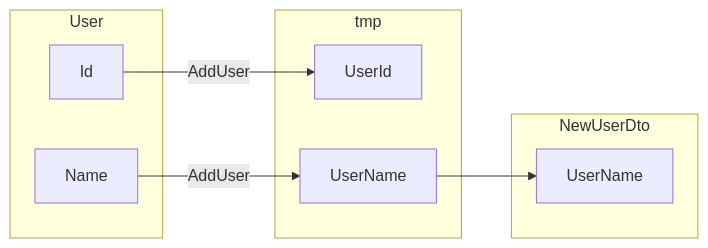
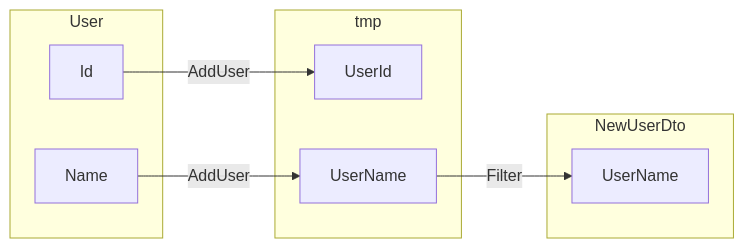
The fourth of 5 diagrams in docs/projection.md (donetsoftwork/Hand.Generators), drawn with Mermaid before and after one commit. The commit also changed other lines of this file and 217 other files, not shown here.

```diff
--- a/docs/projection.md
+++ b/docs/projection.md
@@ -164,20 +164,20 @@
 ~~~mermaid
 graph LR
     subgraph User
         source-Id[Id]
         source-Name[Name]
     end
 
     subgraph tmp
         tmp-UserId[UserId]
         tmp-UserName[UserName]
     end
 
     subgraph NewUserDto
         projection-UserName[UserName]
     end
 
     source-Id -->| AddUser | tmp-UserId
     source-Name -->| AddUser | tmp-UserName
-    tmp-UserName -->| | projection-UserName
+    tmp-UserName -->| Filter | projection-UserName
 ~~~
```
